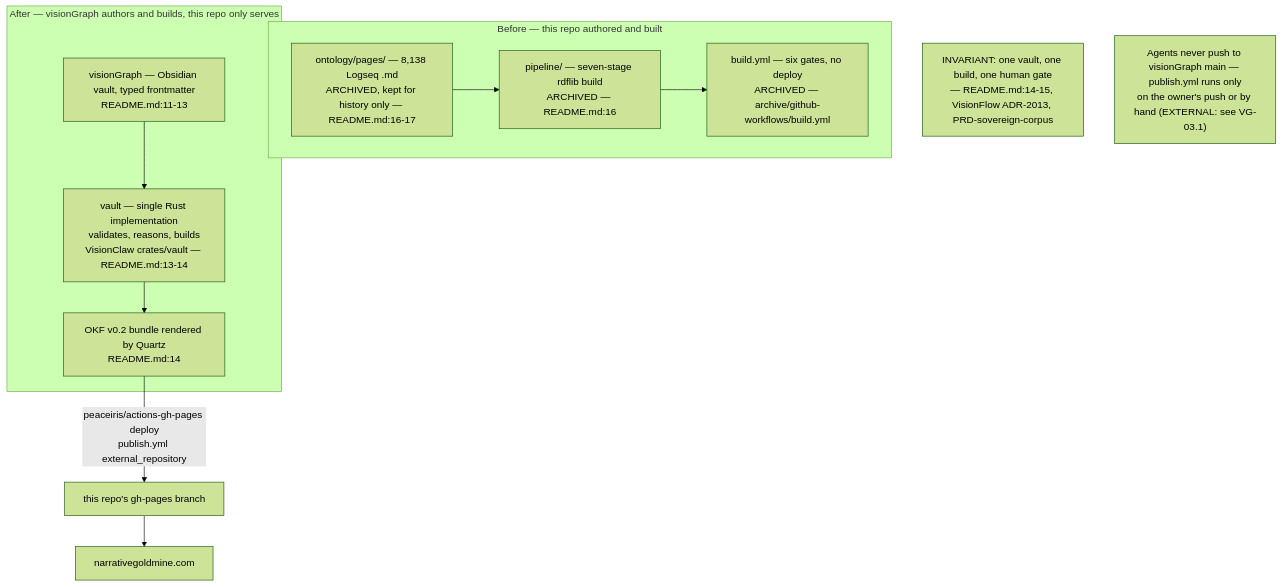
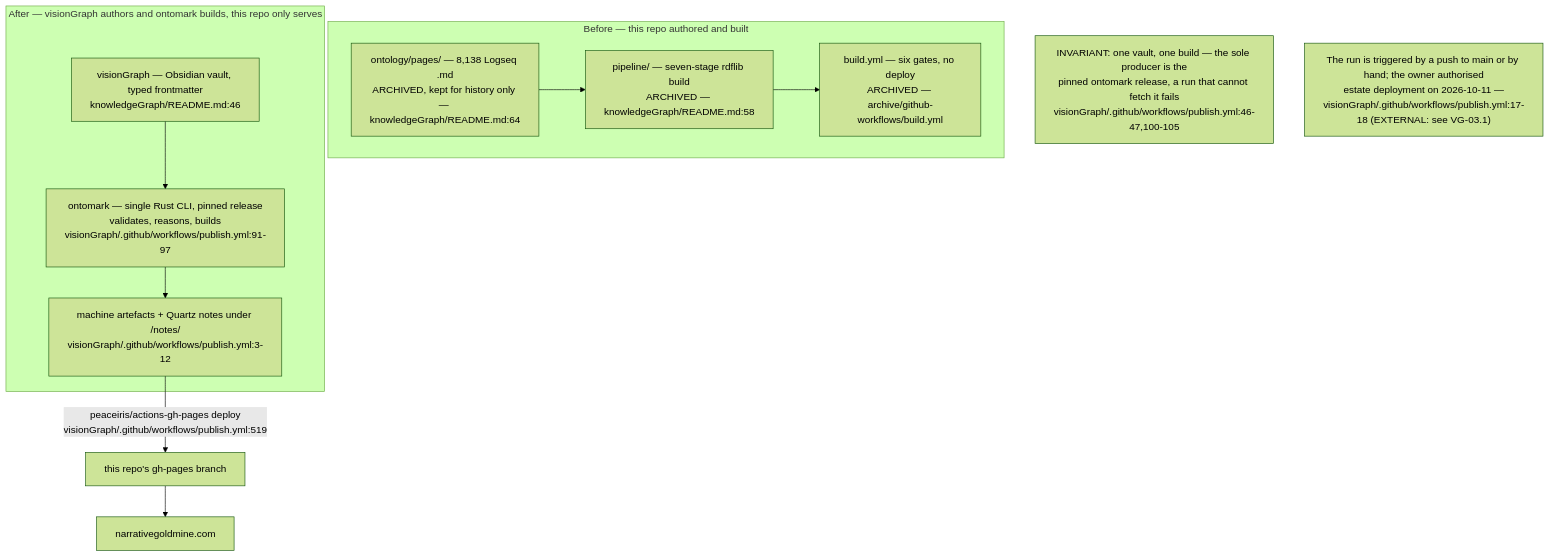
The second of 2 diagrams in docs/diagrams/knowledgegraph/05-ci-cd-and-publish.md (DreamLab-AI/VisionFlow), drawn with Mermaid (forest theme) before and after one commit. The commit also changed other lines of this file and 160 other files, not shown here.

````diff
--- a/docs/diagrams/knowledgegraph/05-ci-cd-and-publish.md
+++ b/docs/diagrams/knowledgegraph/05-ci-cd-and-publish.md
@@ -39,19 +44,19 @@
 ```mermaid
 flowchart TB
     subgraph BEFORE["Before — this repo authored and built"]
-        OLDONT["ontology/pages/ — 8,138 Logseq .md<br/>ARCHIVED, kept for history only — README.md:16-17"]
-        OLDPIPE["pipeline/ — seven-stage rdflib build<br/>ARCHIVED — README.md:16"]
+        OLDONT["ontology/pages/ — 8,138 Logseq .md<br/>ARCHIVED, kept for history only — knowledgeGraph/README.md:64"]
+        OLDPIPE["pipeline/ — seven-stage rdflib build<br/>ARCHIVED — knowledgeGraph/README.md:58"]
         OLDCI["build.yml — six gates, no deploy<br/>ARCHIVED — archive/github-workflows/build.yml"]
         OLDONT --> OLDPIPE --> OLDCI
     end
-    subgraph AFTER["After — visionGraph authors and builds, this repo only serves"]
-        VGVAULT["visionGraph — Obsidian vault, typed frontmatter<br/>README.md:11-13"]
-        RUSTVAULT["vault — single Rust implementation<br/>validates, reasons, builds<br/>VisionClaw crates/vault — README.md:13-14"]
-        OKF["OKF v0.2 bundle rendered by Quartz<br/>README.md:14"]
+    subgraph AFTER["After — visionGraph authors and ontomark builds, this repo only serves"]
+        VGVAULT["visionGraph — Obsidian vault, typed frontmatter<br/>knowledgeGraph/README.md:46"]
+        RUSTVAULT["ontomark — single Rust CLI, pinned release<br/>validates, reasons, builds<br/>visionGraph/.github/workflows/publish.yml:91-97"]
+        OKF["machine artefacts + Quartz notes under /notes/<br/>visionGraph/.github/workflows/publish.yml:3-12"]
         VGVAULT --> RUSTVAULT --> OKF
     end
-    OKF -->|"peaceiris/actions-gh-pages deploy<br/>publish.yml external_repository"| GHPAGES["this repo's gh-pages branch"]
+    OKF -->|"peaceiris/actions-gh-pages deploy<br/>visionGraph/.github/workflows/publish.yml:519"| GHPAGES["this repo's gh-pages branch"]
     GHPAGES --> SITE2["narrativegoldmine.com"]
-    note1["INVARIANT: one vault, one build, one human gate<br/>— README.md:14-15, VisionFlow ADR-2013, PRD-sovereign-corpus"]
-    note2["Agents never push to visionGraph main — publish.yml runs only<br/>on the owner's push or by hand (EXTERNAL: see VG-03.1)"]
+    note1["INVARIANT: one vault, one build — the sole producer is the<br/>pinned ontomark release, a run that cannot fetch it fails<br/>visionGraph/.github/workflows/publish.yml:46-47,100-105"]
+    note2["The run is triggered by a push to main or by hand; the owner authorised<br/>estate deployment on 2026-10-11 —<br/>visionGraph/.github/workflows/publish.yml:17-18 (EXTERNAL: see VG-03.1)"]
 ```
````
